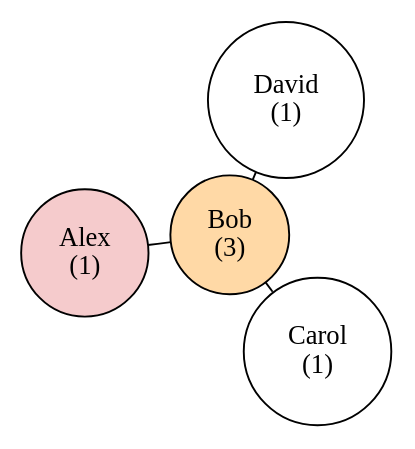
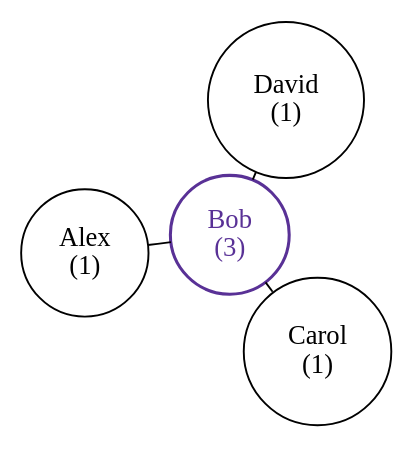
Before and after one commit to skojaku/adv-net-sci: the second of 2 diagrams in lecture-note/m04-node-degree/01-concepts.qmd, drawn with Graphviz. The commit also changed other lines of this file and 67 other files, not shown here.

````diff
--- a/lecture-note/m04-node-degree/01-concepts.qmd
+++ b/lecture-note/m04-node-degree/01-concepts.qmd
@@ -89,16 +80,16 @@
 ```{dot}
 //| fig-width: 4
 //| fig-height: 3
 //| fig-cap: "Friendship paradox example — node labels show degrees"
 //| label: fig-friendship-dot
 graph G {
   layout=neato
-  Alex  [label="Alex\n(1)",  shape=circle, style=filled, fillcolor="#f5cbcc"];
-  Bob   [label="Bob\n(3)",   shape=circle, style=filled, fillcolor="#ffd9a6"];
+  Alex  [label="Alex\n(1)",  shape=circle];
+  Bob   [label="Bob\n(3)",   shape=circle, color="#593196", fontcolor="#593196", penwidth=1.6];
   Carol [label="Carol\n(1)", shape=circle];
   David [label="David\n(1)", shape=circle];
   Alex -- Bob;
   Carol -- Bob;
   David -- Bob;
 }
 ```
````
